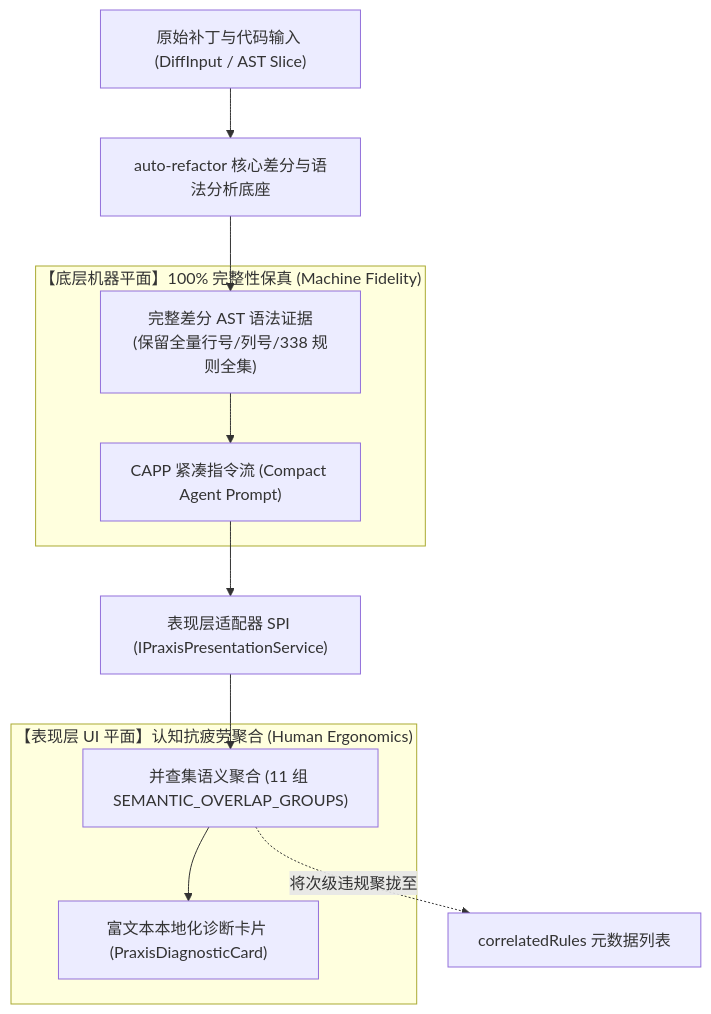
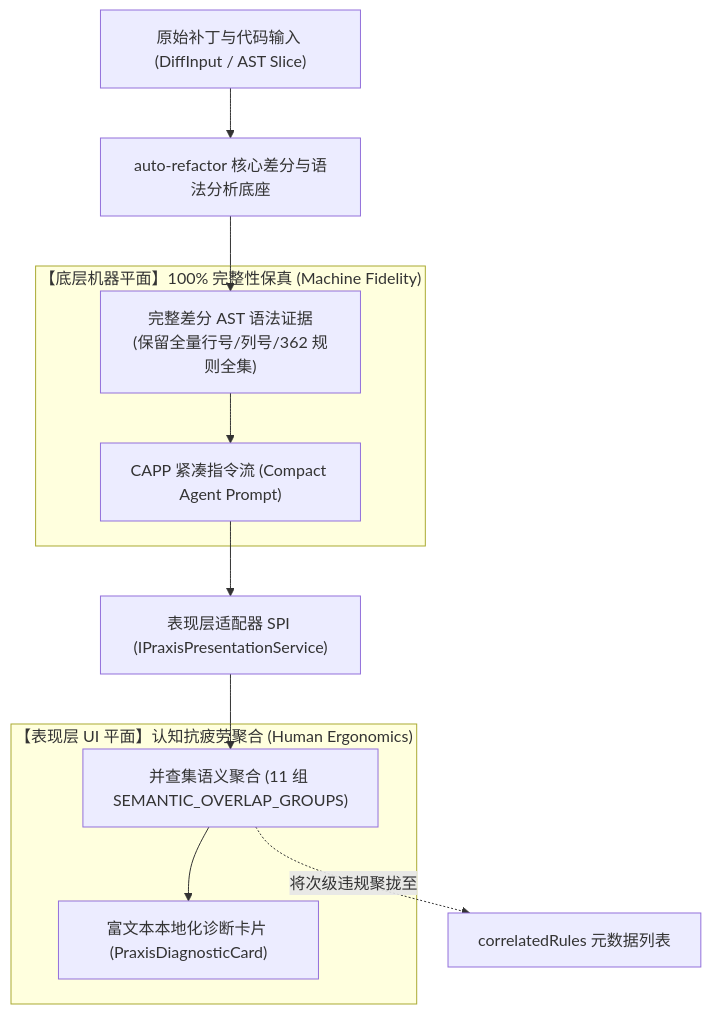
The first of 2 diagrams in auto-refactor/docs/06-praxis-delivery/01-praxis-architecture-and-spi-contracts.md (guilingzhouyi-creator/vscode-extensions), drawn with Mermaid before and after one commit. The commit also changed 14 other files, not shown here.

````diff
--- a/auto-refactor/docs/06-praxis-delivery/01-praxis-architecture-and-spi-contracts.md
+++ b/auto-refactor/docs/06-praxis-delivery/01-praxis-architecture-and-spi-contracts.md
@@ -14,21 +14,21 @@
 ```mermaid
 flowchart TD
     DIFF["原始补丁与代码输入 (DiffInput / AST Slice)"] --> CORE["auto-refactor 核心差分与语法分析底座"]
     
     subgraph MachinePlane["【底层机器平面】100% 完整性保真 (Machine Fidelity)"]
-        AST_COMPLETE["完整差分 AST 语法证据<br/>(保留全量行号/列号/338 规则全集)"]
+        AST_COMPLETE["完整差分 AST 语法证据<br/>(保留全量行号/列号/362 规则全集)"]
         CAPP["CAPP 紧凑指令流 (Compact Agent Prompt)"]
     end
     
     subgraph HumanPlane["【表现层 UI 平面】认知抗疲劳聚合 (Human Ergonomics)"]
         UNION_FIND["并查集语义聚合 (11 组 SEMANTIC_OVERLAP_GROUPS)"]
         CARDS["富文本本地化诊断卡片 (PraxisDiagnosticCard)"]
     end
     
     CORE --> AST_COMPLETE
     AST_COMPLETE --> CAPP
     CAPP --> IPres["表现层适配器 SPI (IPraxisPresentationService)"]
     IPres --> UNION_FIND
     UNION_FIND --> CARDS
     UNION_FIND -.->|将次级违规聚拢至| META["correlatedRules 元数据列表"]
 ```
````
